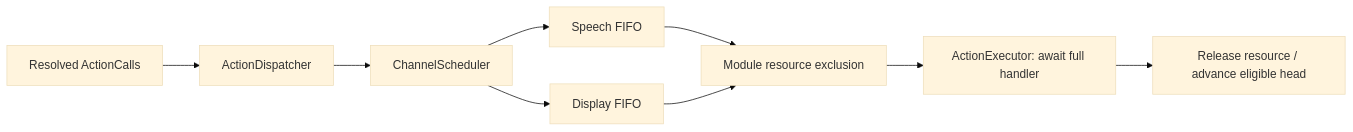
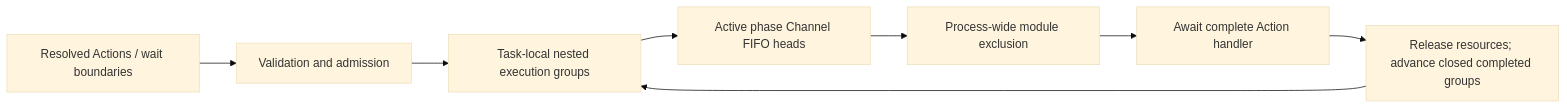
One commit to devilyouwei/MobileHarness changed the fourth of 6 diagrams in MobileHarness/README.md. Above: the diagram before and after it, drawn with Mermaid (base theme). The commit also changed other lines of this file and 51 other files, not shown here.

Commit message:
feat: add structured wait scheduling for actions

````diff
--- a/MobileHarness/README.md
+++ b/MobileHarness/README.md
@@ -436,11 +436,10 @@
 ```mermaid
 flowchart LR
-    Calls[Resolved ActionCalls] --> Dispatch[ActionDispatcher]
-    Dispatch --> Scheduler[ChannelScheduler]
-    Scheduler --> Speech[Speech FIFO]
-    Scheduler --> Display[Display FIFO]
-    Speech --> Gate[Module resource exclusion]
-    Display --> Gate
-    Gate --> Execute[ActionExecutor: await full handler]
-    Execute --> Next[Release resource / advance eligible head]
+    Events[Resolved Actions / wait boundaries] --> Gateway[Validation and admission]
+    Gateway --> Tree[Task-local nested execution groups]
+    Tree --> Active[Active phase Channel FIFO heads]
+    Active --> Resources[Process-wide module exclusion]
+    Resources --> Execute[Await complete Action handler]
+    Execute --> Advance[Release resources; advance closed completed groups]
+    Advance --> Tree
 ```
````
